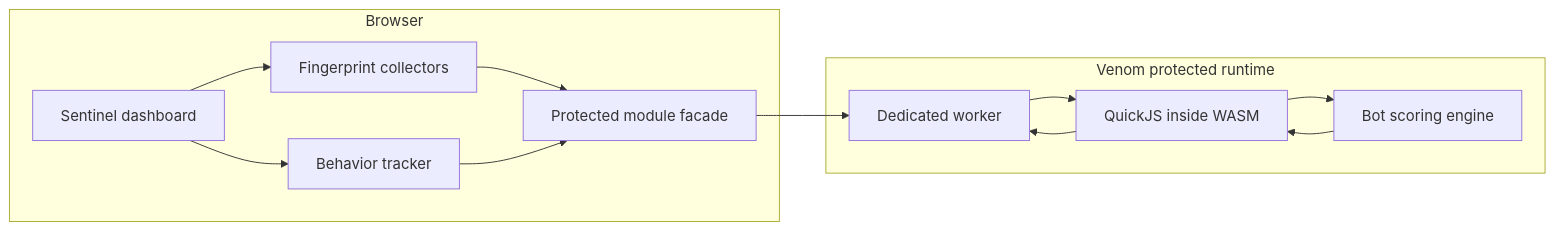
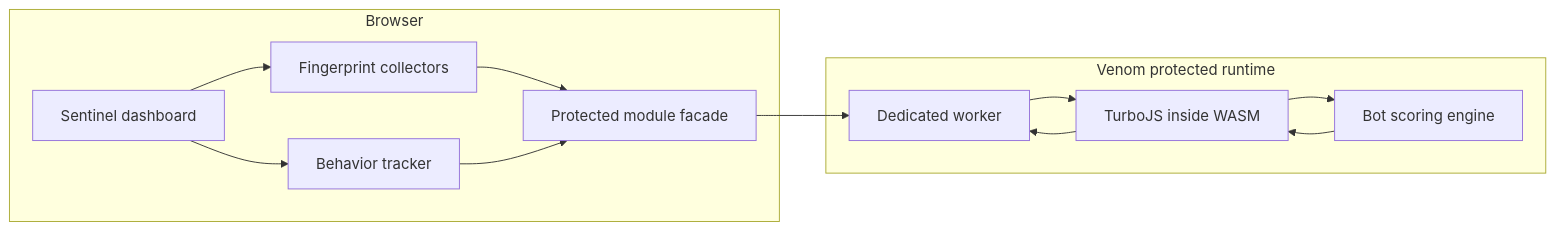
Before and after one commit to Ascension-Digital-Technologies/Venom: the diagram in examples/bot-detection/README.md, drawn with Mermaid. The commit also changed other lines of this file and 1105 other files, not shown here.

````diff
--- a/examples/bot-detection/README.md
+++ b/examples/bot-detection/README.md
@@ -25,24 +25,24 @@
 ```mermaid
 flowchart LR
     subgraph Browser
       UI[Sentinel dashboard]
       FP[Fingerprint collectors]
       BH[Behavior tracker]
       API[Protected module facade]
       UI --> FP
       UI --> BH
       FP --> API
       BH --> API
     end
 
     subgraph Venom protected runtime
       W[Dedicated worker]
-      Q[QuickJS inside WASM]
+      Q[TurboJS inside WASM]
       E[Bot scoring engine]
       API --> W
       W --> Q
       Q --> E
       E --> Q
       Q --> W
     end
 ```
````
